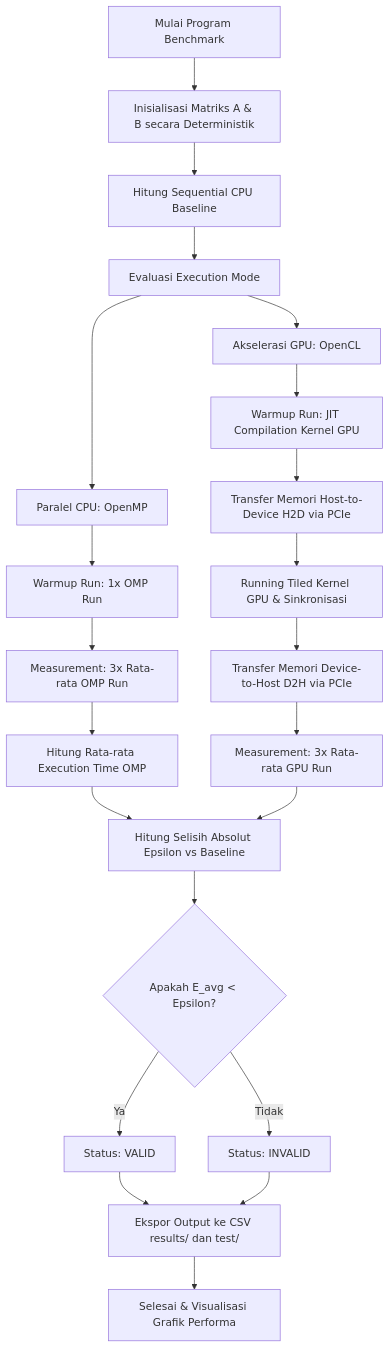
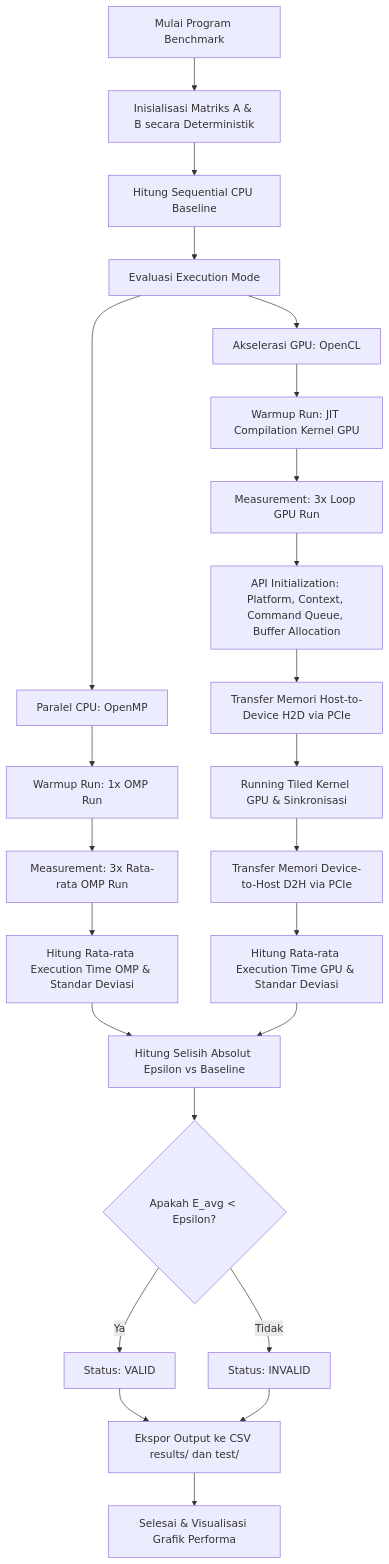
The diagram in docs/analysis.md (rapfii/heterogeneous-gemm-performance-analysis), drawn with Mermaid before and after one commit. The commit also changed other lines of this file and 11 other files, not shown here.

Commit message:
feat: add standard deviation, fix flowchart, regenerate graphs with error bars

````diff
--- a/docs/analysis.md
+++ b/docs/analysis.md
@@ -73,28 +73,30 @@
 ```mermaid
 graph TD
     A[Mulai Program Benchmark] --> B[Inisialisasi Matriks A & B secara Deterministik]
     B --> C[Hitung Sequential CPU Baseline]
     C --> D[Evaluasi Execution Mode]
     
     D --> E[Paralel CPU: OpenMP]
     E --> F[Warmup Run: 1x OMP Run]
     F --> G[Measurement: 3x Rata-rata OMP Run]
-    G --> H[Hitung Rata-rata Execution Time OMP]
+    G --> H[Hitung Rata-rata Execution Time OMP & Standar Deviasi]
     H --> I[Hitung Selisih Absolut Epsilon vs Baseline]
     
     D --> J[Akselerasi GPU: OpenCL]
     J --> K[Warmup Run: JIT Compilation Kernel GPU]
-    K --> L[Transfer Memori Host-to-Device H2D via PCIe]
-    L --> M[Running Tiled Kernel GPU & Sinkronisasi]
-    M --> N[Transfer Memori Device-to-Host D2H via PCIe]
-    N --> O[Measurement: 3x Rata-rata GPU Run]
-    O --> I
+    K --> L[Measurement: 3x Loop GPU Run]
+    L --> M[API Initialization: Platform, Context, Command Queue, Buffer Allocation]
+    M --> N[Transfer Memori Host-to-Device H2D via PCIe]
+    N --> O[Running Tiled Kernel GPU & Sinkronisasi]
+    O --> P[Transfer Memori Device-to-Host D2H via PCIe]
+    P --> Q[Hitung Rata-rata Execution Time GPU & Standar Deviasi]
+    Q --> I
     
-    I --> P{Apakah E_avg < Epsilon?}
-    P -- Ya --> Q[Status: VALID]
-    P -- Tidak --> R[Status: INVALID]
+    I --> R{Apakah E_avg < Epsilon?}
+    R -- Ya --> S[Status: VALID]
+    R -- Tidak --> T[Status: INVALID]
     
-    Q --> S[Ekspor Output ke CSV results/ dan test/]
-    R --> S
-    S --> T[Selesai & Visualisasi Grafik Performa]
+    S --> U[Ekspor Output ke CSV results/ dan test/]
+    T --> U
+    U --> V[Selesai & Visualisasi Grafik Performa]
 ```
````
